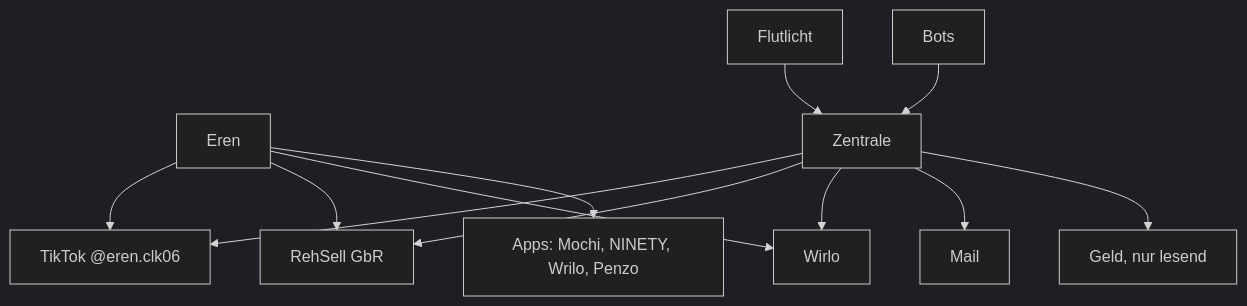
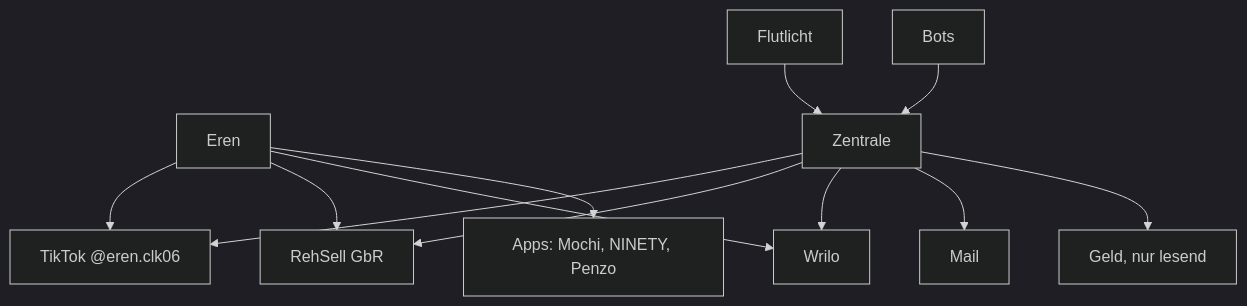
One commit to Nercc000/eren-vault changed the diagram in 00 Start/Start.md. Above: the diagram before and after it, drawn with Mermaid (dark theme). The commit also changed other lines of this file and 9 other files, not shown here.

Commit message:
Wrilo statt Wirlo, Apps und RehSell aus Postfach und wrilo.app ergänzt

````diff
--- a/00 Start/Start.md
+++ b/00 Start/Start.md
@@ -26,14 +26,14 @@
 ```mermaid
 graph TD
   E[Eren] --> T[TikTok @eren.clk06]
   E --> R[RehSell GbR]
-  E --> W[Wirlo]
-  E --> A[Apps: Mochi, NINETY, Wrilo, Penzo]
+  E --> W[Wrilo]
+  E --> A[Apps: Mochi, NINETY, Penzo]
   Z[Zentrale] --> T
   Z --> R
   Z --> W
   Z --> M[Mail]
   Z --> G[Geld, nur lesend]
   F[Flutlicht] --> Z
   B[Bots] --> Z
 ```
````
